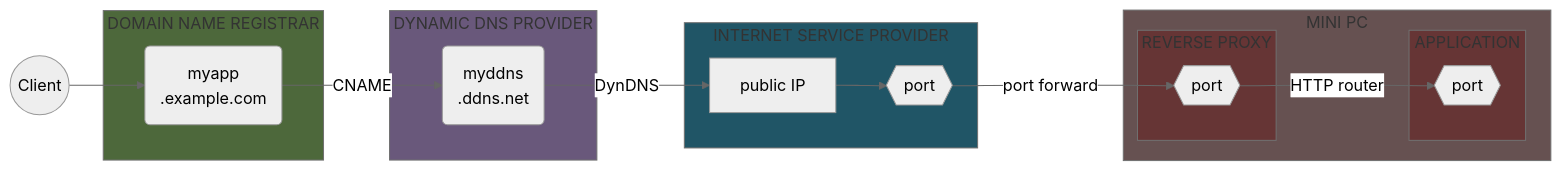
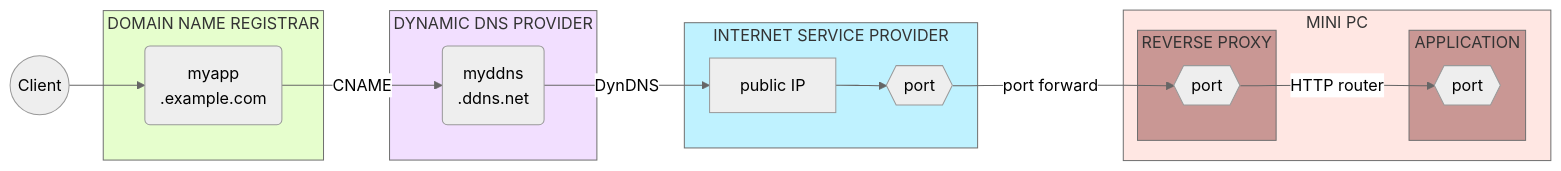
One commit to Yann39/self-hosted-n100 changed the second of 32 diagrams in README.md. Above: the diagram before and after it, drawn with Mermaid (neutral theme). The commit also changed other lines of this file and 1 other file, not shown here.

Commit message:
adapted diagrams so they display better in light mode

````diff
--- a/README.md
+++ b/README.md
@@ -656,46 +660,46 @@
 ```mermaid
 flowchart LR
-    style HOSTING_PROVIDER fill: #4d683b
-    style DDNS_PROVIDER fill: #69587b
-    style INTERNET_SERVICE_PROVIDER fill: #205566
-    style TRAEFIK_CONTAINER fill: #663535
-    style APPLICATION fill: #663535
-    style SERVER_DEVICE fill: #665151
+    style HOSTING_PROVIDER fill: #bbfd795e
+    style DDNS_PROVIDER fill: #e2b6ff6e
+    style INTERNET_SERVICE_PROVIDER fill: #45d8ff57
+    style TRAEFIK_CONTAINER fill: #66010159
+    style APPLICATION fill: #66010159
+    style SERVER_DEVICE fill: #febfb45e
     CLIENT((Client))
     SUBDOMAIN_MYAPP(myapp\n.example.com)
     DDNS(myddns\n.ddns.net)
     ROUTER[public IP]
     ROUTER_PORT{{port}}
     DOCKER_TRAEFIK_PORT{{port}}
     APPLICATION_PORT{{port}}
 
     subgraph HOSTING_PROVIDER[DOMAIN NAME REGISTRAR]
         SUBDOMAIN_MYAPP
     end
 
     subgraph DDNS_PROVIDER[DYNAMIC DNS PROVIDER]
         DDNS
     end
 
     subgraph INTERNET_SERVICE_PROVIDER[INTERNET SERVICE PROVIDER]
         ROUTER
         ROUTER_PORT
     end
 
     subgraph SERVER_DEVICE[MINI PC]
         subgraph TRAEFIK_CONTAINER[REVERSE PROXY]
             DOCKER_TRAEFIK_PORT
         end
 
         subgraph APPLICATION[APPLICATION]
             APPLICATION_PORT
         end
     end
 
     CLIENT --> SUBDOMAIN_MYAPP
     SUBDOMAIN_MYAPP -->|CNAME| DDNS
     DDNS -->|DynDNS| ROUTER
     ROUTER --> ROUTER_PORT
     ROUTER_PORT -->|port forward| DOCKER_TRAEFIK_PORT
     DOCKER_TRAEFIK_PORT -->|HTTP router| APPLICATION_PORT
 ```
````
